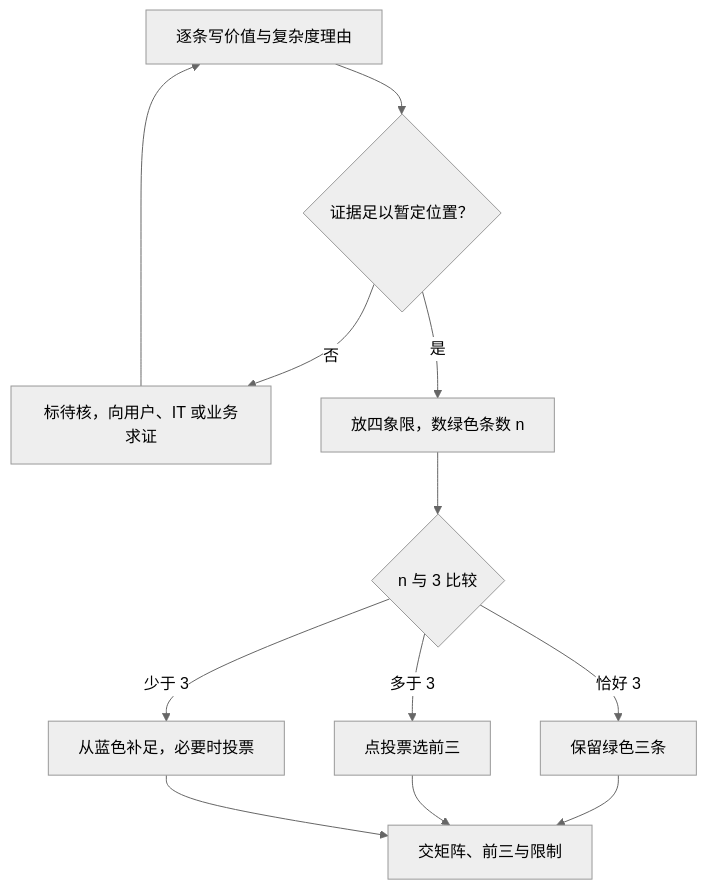
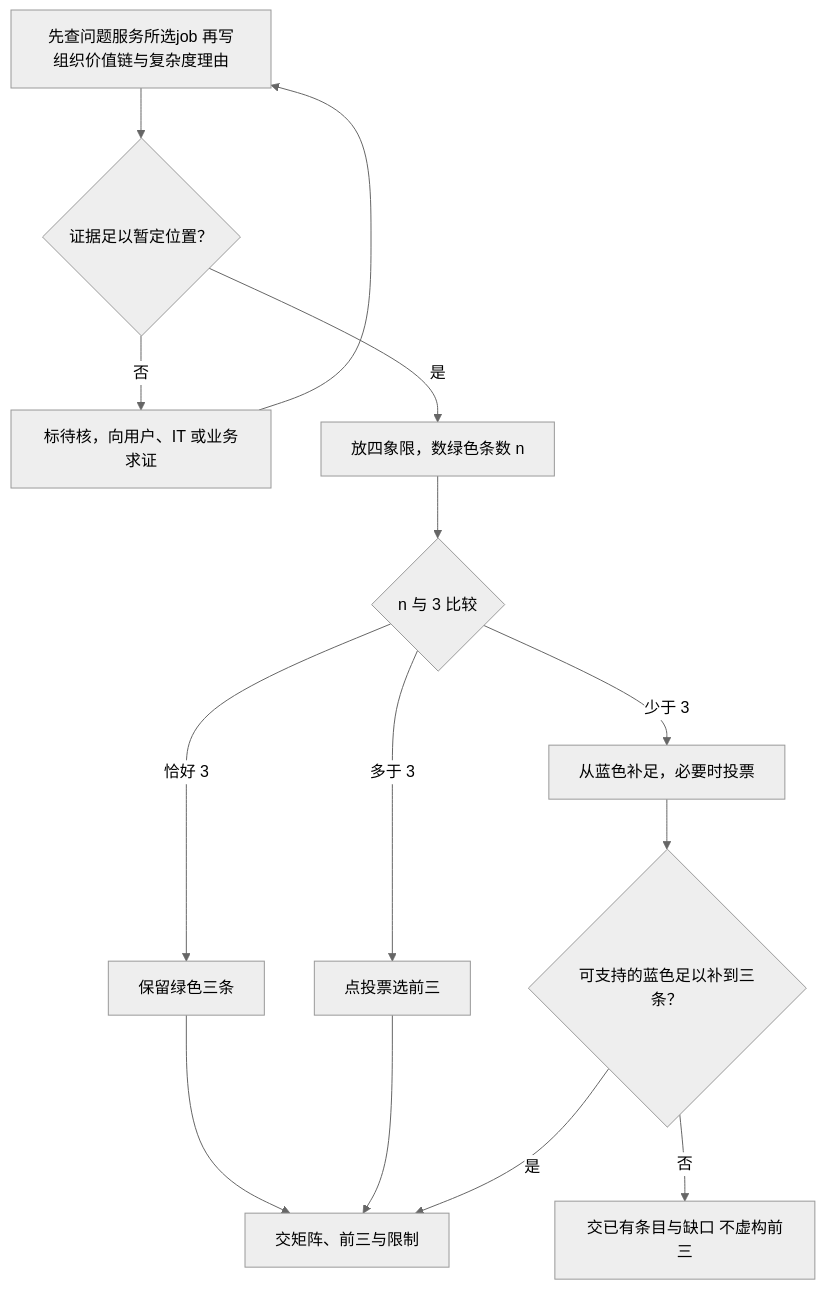
The fifth of 7 diagrams in IS5542_GenAI_in_Business/notes/M04-设计思维-业务机会识别与AI创意工作坊.md (CercaTrovato/cityu-ai-course-notes), drawn with Mermaid (neutral theme) before and after one commit. The commit also changed other lines of this file and 58 other files, not shown here.

````diff
--- a/IS5542_GenAI_in_Business/notes/M04-设计思维-业务机会识别与AI创意工作坊.md
+++ b/IS5542_GenAI_in_Business/notes/M04-设计思维-业务机会识别与AI创意工作坊.md
@@ -704,14 +965,16 @@
 ```mermaid
 flowchart TD
- A[逐条写价值与复杂度理由] --> B{证据足以暂定位置？}
+ A[先查问题服务所选job 再写组织价值链与复杂度理由] --> B{证据足以暂定位置？}
  B -- 否 --> C[标待核，向用户、IT 或业务求证]
  C --> A
  B -- 是 --> D[放四象限，数绿色条数 n]
  D --> E{n 与 3 比较}
  E -- 恰好 3 --> F[保留绿色三条]
  E -- 多于 3 --> G[点投票选前三]
  E -- 少于 3 --> H[从蓝色补足，必要时投票]
  F --> I[交矩阵、前三与限制]
  G --> I
- H --> I
+ H --> AVAILABLE{可支持的蓝色足以补到三条？}
+ AVAILABLE -- 是 --> I
+ AVAILABLE -- 否 --> SHORT[交已有条目与缺口 不虚构前三]
 ```
````
